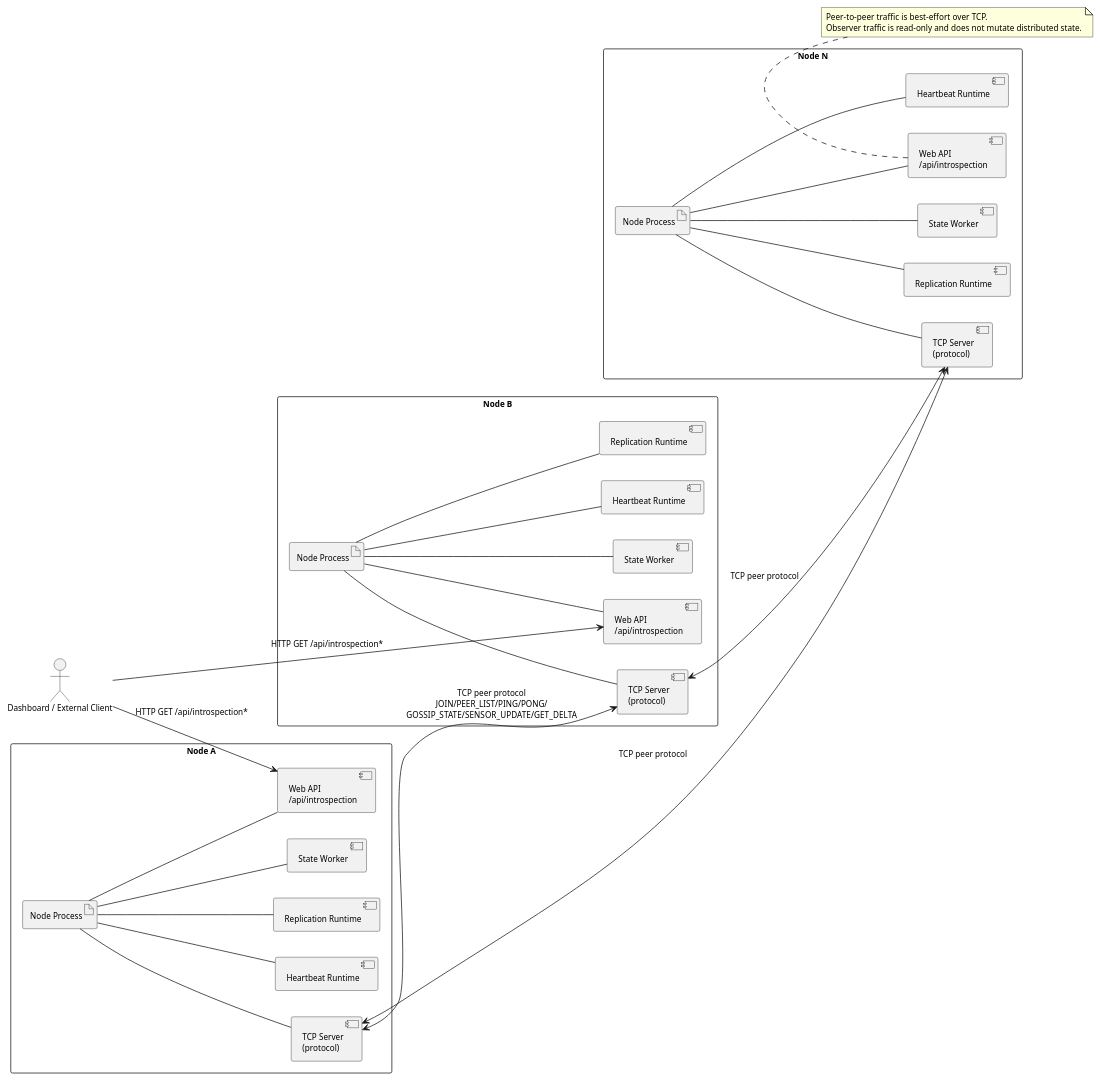
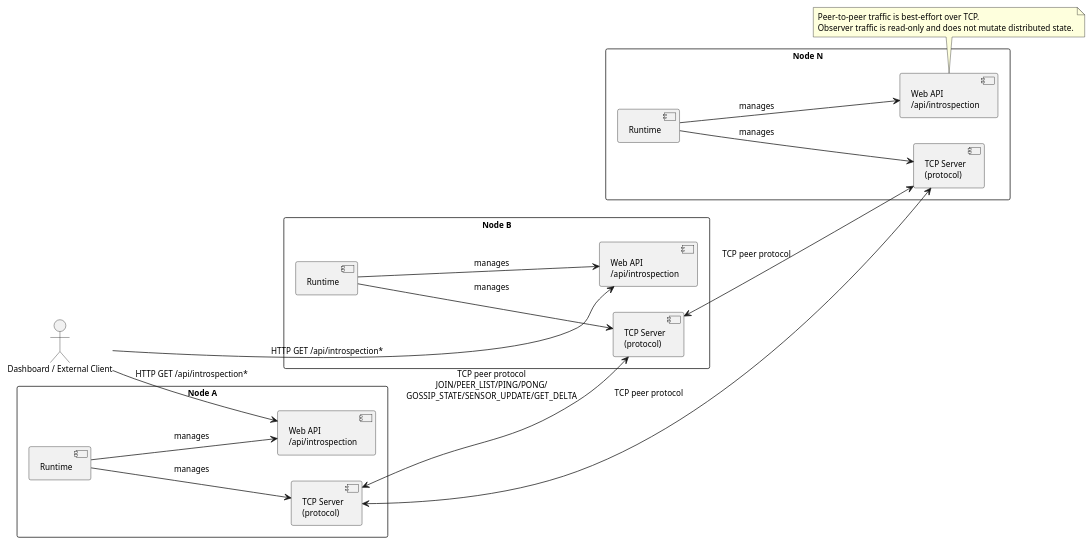
Before and after one commit to AlexSantini10/distributed-sensor-hub: the diagram in docs/diagrams/src/deployment-cluster.puml, drawn with PlantUML.

Commit message:
docs: :memo: update deploy graph

```diff
--- a/docs/diagrams/src/deployment-cluster.puml
+++ b/docs/diagrams/src/deployment-cluster.puml
@@ -1,66 +1,46 @@
 @startuml
 left to right direction
 scale 0.8
 skinparam dpi 120
 skinparam defaultFontSize 11
 
 actor "Dashboard / External Client" as client
 
 rectangle "Node A" as nodeA {
-  artifact "Node Process" as procA
+  component "Runtime" as rtA
   component "TCP Server\n(protocol)" as tcpA
-  component "Heartbeat Runtime" as hbA
-  component "Replication Runtime" as replA
-  component "State Worker" as stateA
   component "Web API\n/api/introspection" as apiA
 }
 
 rectangle "Node B" as nodeB {
-  artifact "Node Process" as procB
+  component "Runtime" as rtB
   component "TCP Server\n(protocol)" as tcpB
-  component "Heartbeat Runtime" as hbB
-  component "Replication Runtime" as replB
-  component "State Worker" as stateB
   component "Web API\n/api/introspection" as apiB
 }
 
 rectangle "Node N" as nodeN {
-  artifact "Node Process" as procN
+  component "Runtime" as rtN
   component "TCP Server\n(protocol)" as tcpN
-  component "Heartbeat Runtime" as hbN
-  component "Replication Runtime" as replN
-  component "State Worker" as stateN
   component "Web API\n/api/introspection" as apiN
 }
 
-procA -- tcpA
-procA -- hbA
-procA -- replA
-procA -- stateA
-procA -- apiA
-
-procB -- tcpB
-procB -- hbB
-procB -- replB
-procB -- stateB
-procB -- apiB
-
-procN -- tcpN
-procN -- hbN
-procN -- replN
-procN -- stateN
-procN -- apiN
+rtA --> tcpA : manages
+rtA --> apiA : manages
+rtB --> tcpB : manages
+rtB --> apiB : manages
+rtN --> tcpN : manages
+rtN --> apiN : manages
 
 tcpA <--> tcpB : TCP peer protocol\nJOIN/PEER_LIST/PING/PONG/\nGOSSIP_STATE/SENSOR_UPDATE/GET_DELTA
 tcpB <--> tcpN : TCP peer protocol
 tcpA <--> tcpN : TCP peer protocol
 
 client --> apiA : HTTP GET /api/introspection*
 client --> apiB : HTTP GET /api/introspection*
 
 note bottom
 Peer-to-peer traffic is best-effort over TCP.
 Observer traffic is read-only and does not mutate distributed state.
 end note
 
 @enduml
```
